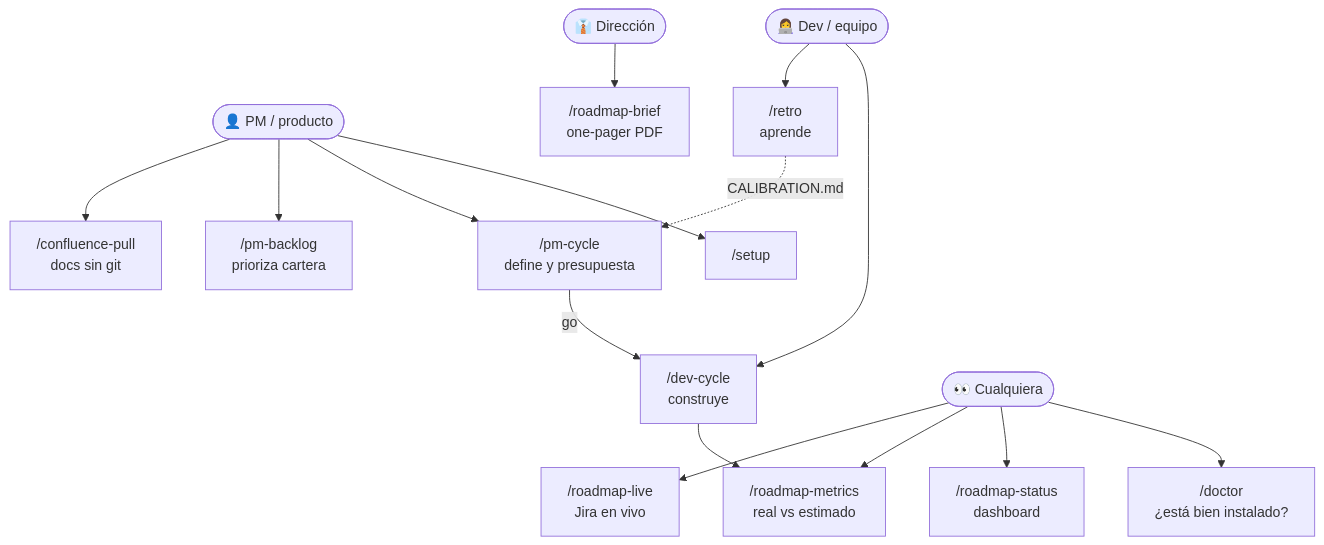
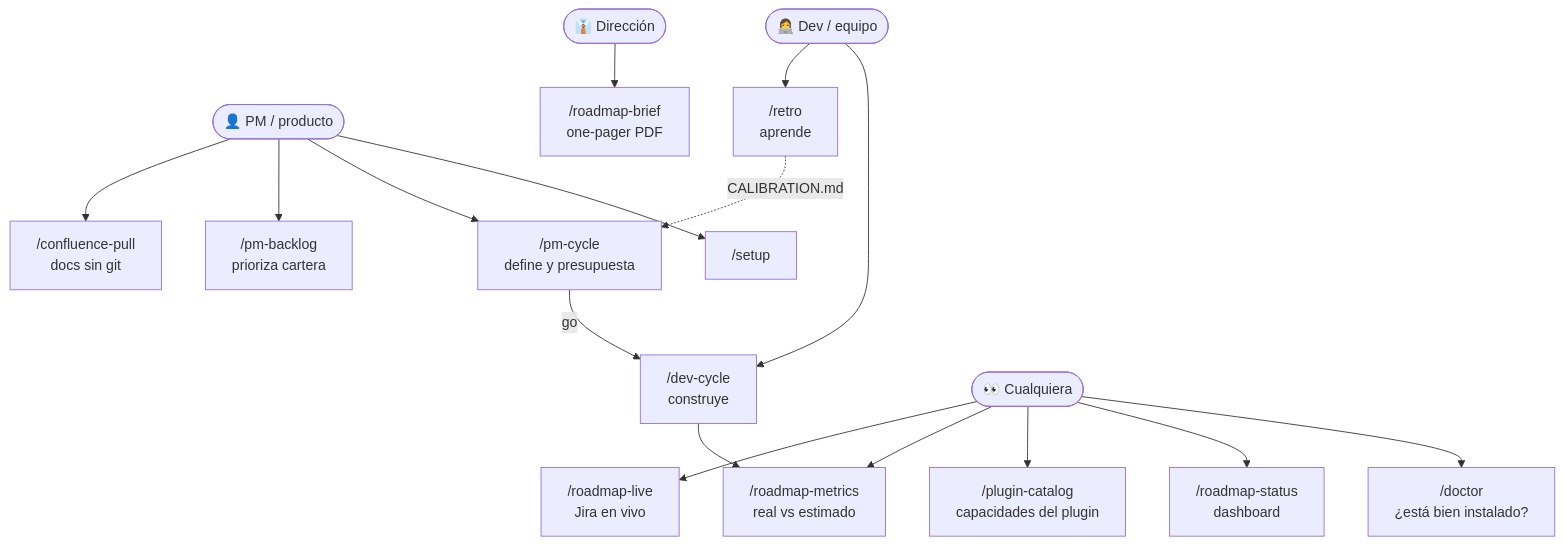
The first of 13 diagrams in docs/FLOWS.md (daycry/custom-agents), drawn with Mermaid before and after one commit. The commit also changed other lines of this file and 62 other files, not shown here.

Commit message:
feat: integrate selective ECC capabilities and assess Graphify memory

````diff
--- a/docs/FLOWS.md
+++ b/docs/FLOWS.md
@@ -12,17 +12,18 @@
 ```mermaid
 flowchart TD
     PM(["👤 PM / producto"]) --> S0["/setup"]
     PM --> P1["/pm-cycle<br/>define y presupuesta"]
     PM --> P2["/pm-backlog<br/>prioriza cartera"]
     PM --> P3["/confluence-pull<br/>docs sin git"]
     DEV(["👩‍💻 Dev / equipo"]) --> D1["/dev-cycle<br/>construye"]
     DEV --> D2["/retro<br/>aprende"]
     DIR(["👔 Dirección"]) --> V1["/roadmap-brief<br/>one-pager PDF"]
     TODOS(["👀 Cualquiera"]) --> V0["/doctor<br/>¿está bien instalado?"]
     TODOS --> V2["/roadmap-status<br/>dashboard"]
+    TODOS --> V5["/plugin-catalog<br/>capacidades del plugin"]
     TODOS --> V3["/roadmap-metrics<br/>real vs estimado"]
     TODOS --> V4["/roadmap-live<br/>Jira en vivo"]
     P1 -->|go| D1
     D1 --> V3
     D2 -.->|CALIBRATION.md| P1
 ```
````
